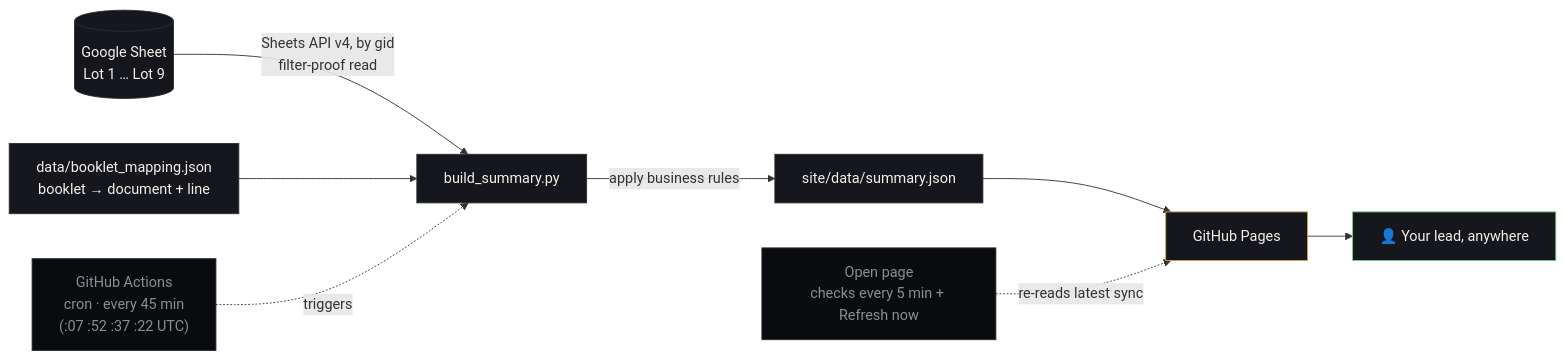
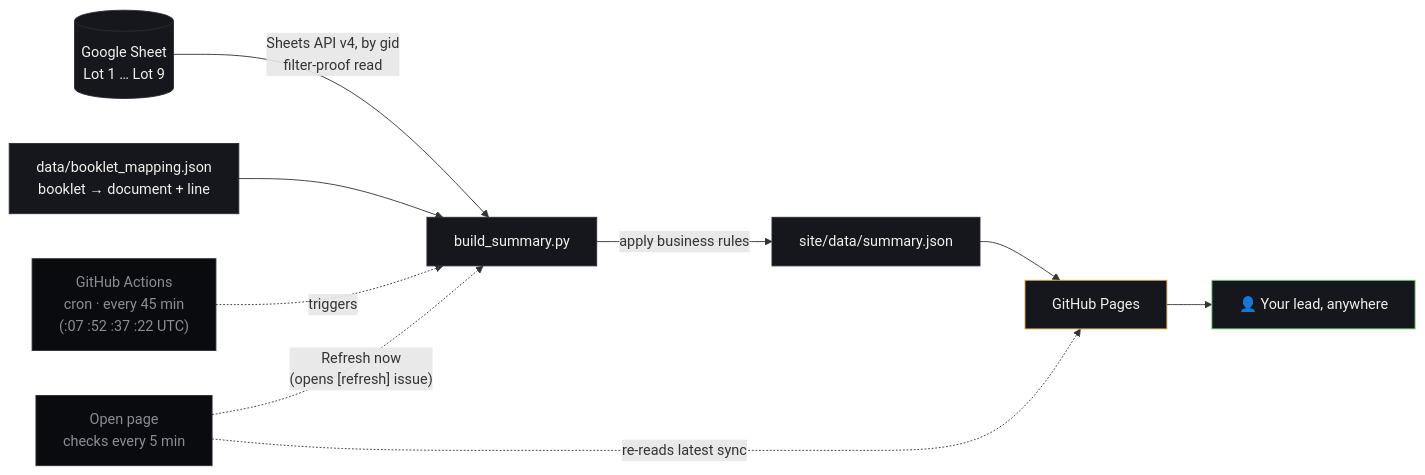
One commit to vikramdex-ops/iso-review-dashboard changed the diagram in README.md. Above: the diagram before and after it, drawn with Mermaid. The commit also changed other lines of this file, not shown here.

Commit message:
README: Refresh now runs a real sync

````diff
--- a/README.md
+++ b/README.md
@@ -102,19 +102,20 @@
 ```mermaid
 flowchart LR
     A[("Google Sheet\nLot 1 … Lot 9")] -->|Sheets API v4, by gid\nfilter-proof read| B["build_summary.py"]
     B -->|apply business rules| C["site/data/summary.json"]
     C --> D["GitHub Pages"]
     H["data/booklet_mapping.json\nbooklet → document + line"] --> B
     E["GitHub Actions\ncron · every 45 min\n(:07 :52 :37 :22 UTC)"] -.triggers.-> B
-    F["Open page\nchecks every 5 min + Refresh now"] -.re-reads latest sync.-> D
+    F["Open page\nchecks every 5 min"] -.re-reads latest sync.-> D
+    F -."Refresh now\n(opens [refresh] issue)".-> B
     D --> G["👤 Your lead, anywhere"]
 
     style A fill:#15171c,stroke:#2a2d36,color:#f2f0ea
     style B fill:#15171c,stroke:#2a2d36,color:#f2f0ea
     style C fill:#15171c,stroke:#2a2d36,color:#f2f0ea
     style D fill:#15171c,stroke:#d7a34f,color:#f2f0ea
     style E fill:#0a0b0e,stroke:#2a2d36,color:#8b8d96
     style F fill:#0a0b0e,stroke:#2a2d36,color:#8b8d96
     style H fill:#15171c,stroke:#2a2d36,color:#f2f0ea
     style G fill:#15171c,stroke:#6fcf7c,color:#f2f0ea
 ```
````
